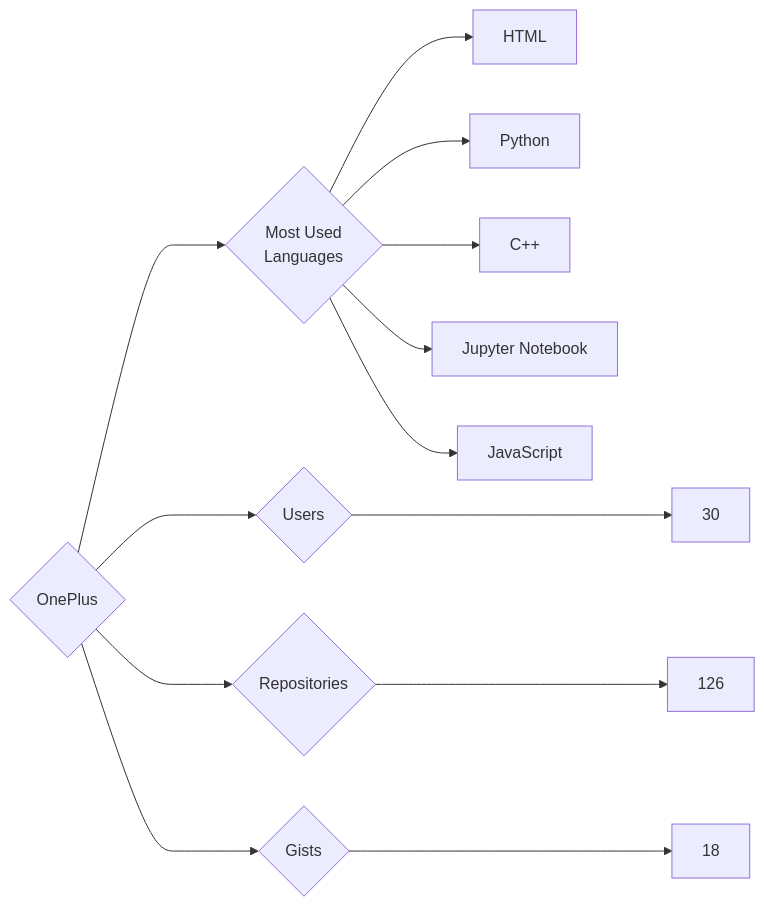
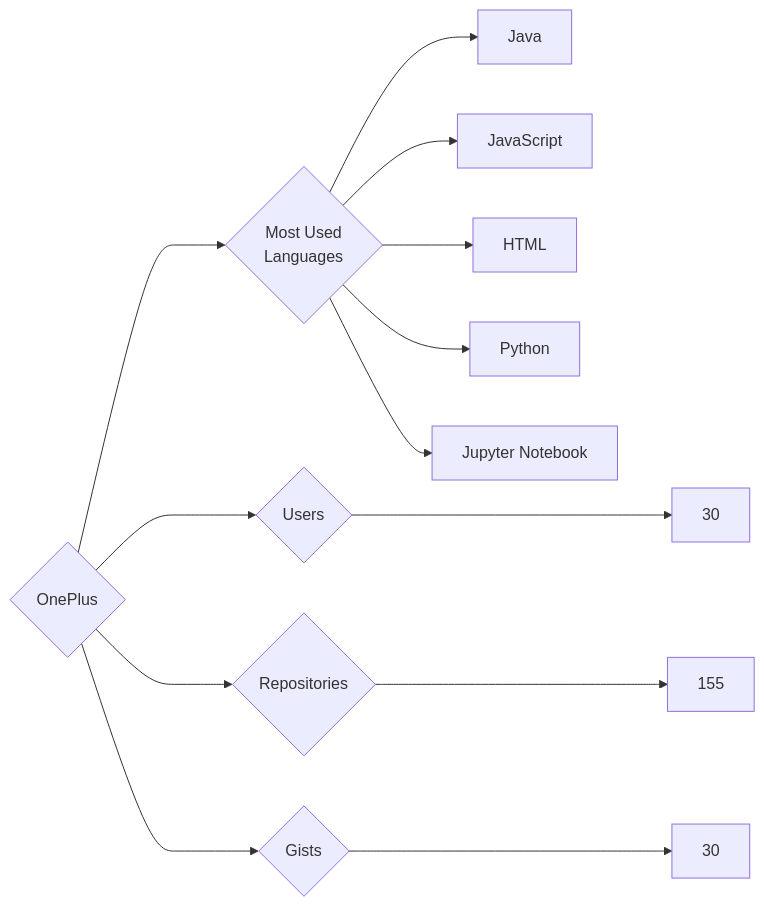
One commit to trickest/insiders changed the diagram in targets/OnePlus/README.md. Above: the diagram before and after it, drawn with Mermaid. The commit also changed 965 other files, not shown here.

````diff
--- a/targets/OnePlus/README.md
+++ b/targets/OnePlus/README.md
@@ -3,13 +3,13 @@
 ```mermaid
 graph LR
 COMPANY_NAME{OnePlus}
 COMPANY_NAME ---> U{Users} ---> UN[30]
-COMPANY_NAME ---> R{Repositories} ---> RN[126]
-COMPANY_NAME ---> G{Gists} ---> GN[18]
+COMPANY_NAME ---> R{Repositories} ---> RN[155]
+COMPANY_NAME ---> G{Gists} ---> GN[30]
 COMPANY_NAME ---> ML{Most Used<br>Languages}
+ML --> Java[Java]
+ML --> JavaScript[JavaScript]
 ML --> HTML[HTML]
 ML --> Python[Python]
-ML --> C++[C++]
 ML --> Jupyter_Notebook[Jupyter Notebook]
-ML --> JavaScript[JavaScript]
 ```
````
